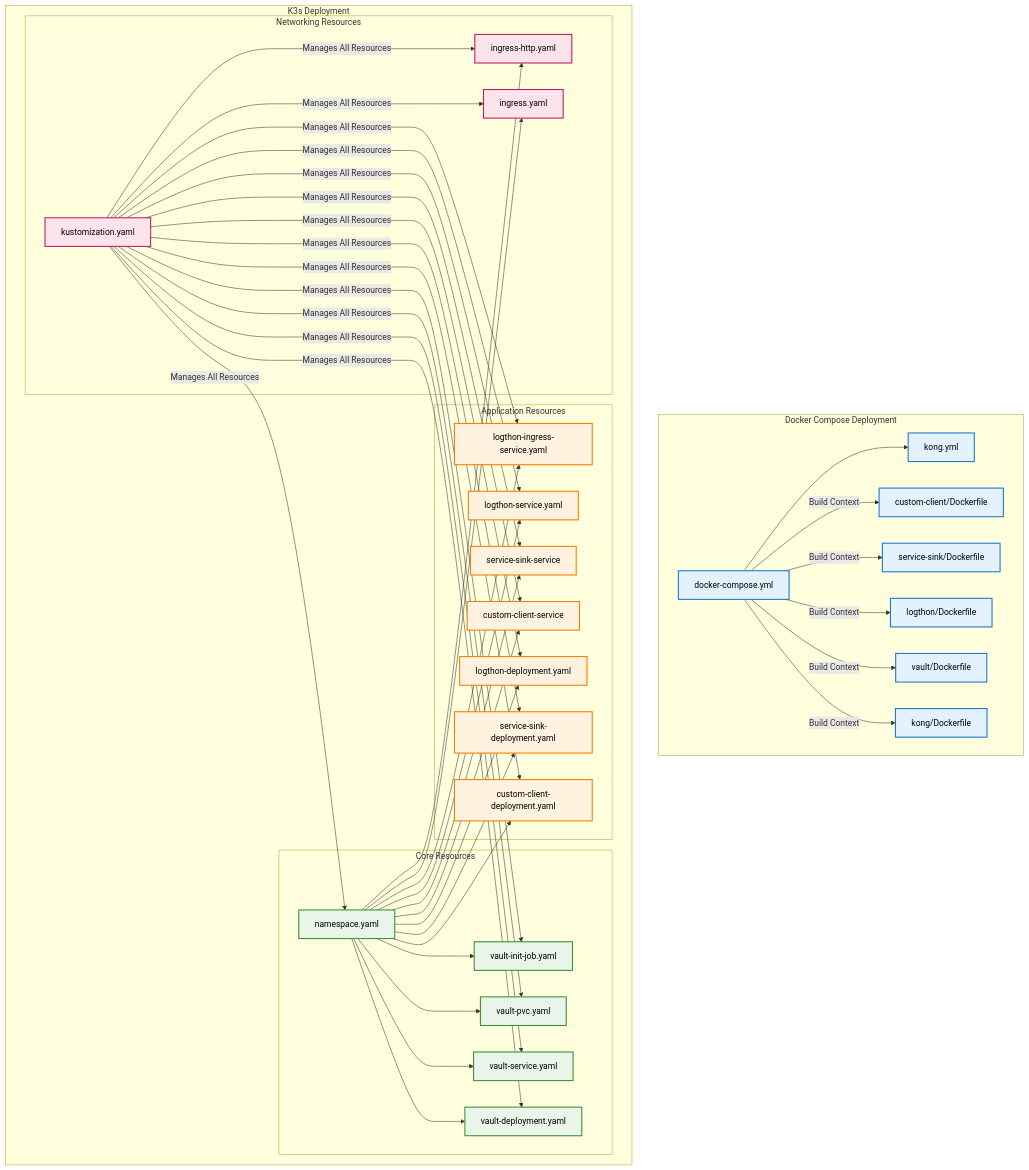
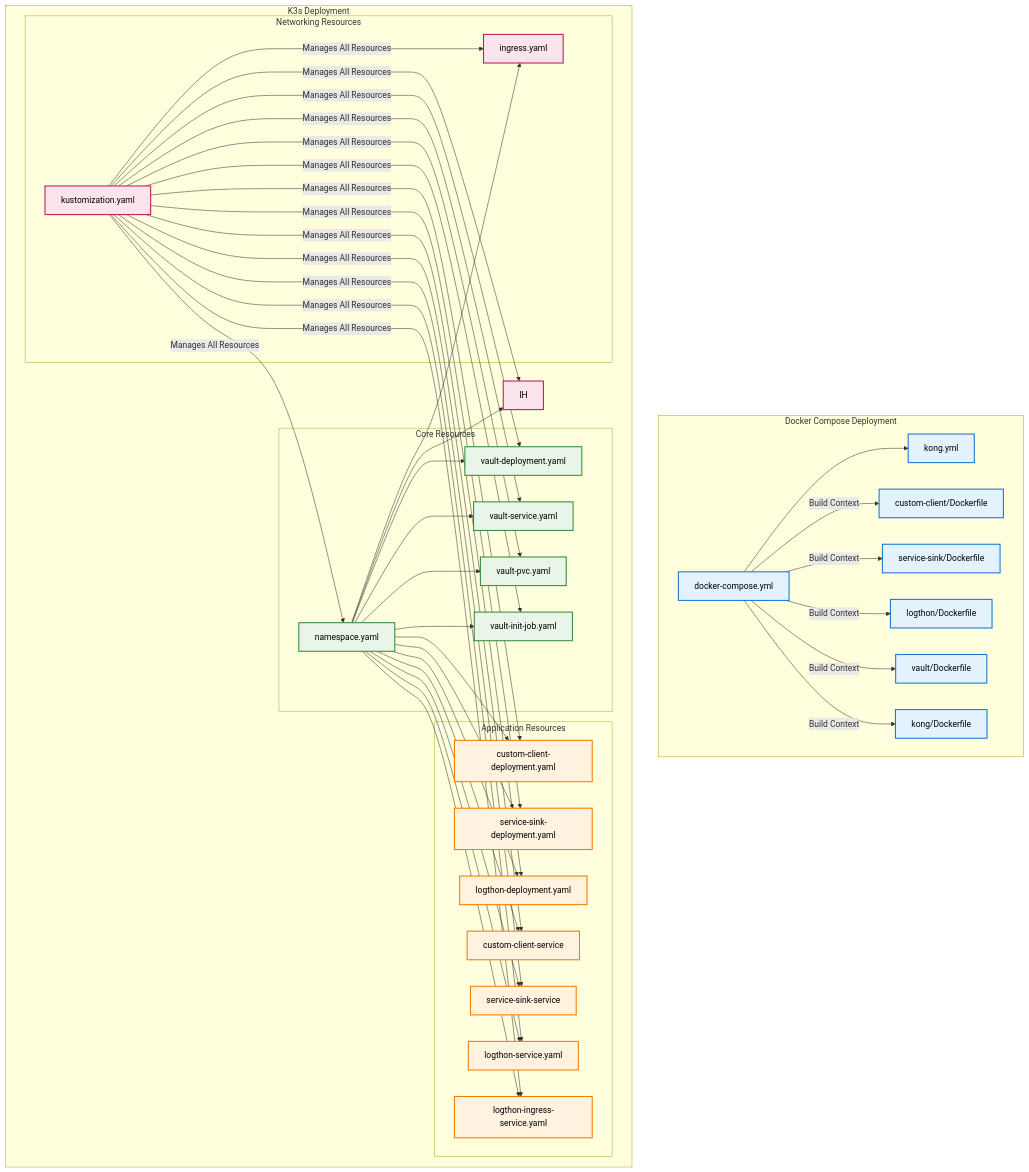
Before and after one commit to aztechead/edge-terrarium: the second of 9 diagrams in README.md, drawn with Mermaid. The commit also changed other lines of this file and 20 other files, not shown here.

````diff
--- a/README.md
+++ b/README.md
@@ -433,80 +439,79 @@
 ```mermaid
 %%{init: {'themeVariables': {'darkMode': true}}}%%
 flowchart TD
     subgraph "Docker Compose Deployment"
         DC[docker-compose.yml]
         DK[kong.yml]
         DC --> DK
         DC --> |"Build Context"| CC[custom-client/Dockerfile]
         DC --> |"Build Context"| SC[service-sink/Dockerfile]
         DC --> |"Build Context"| LC[logthon/Dockerfile]
         DC --> |"Build Context"| VC[vault/Dockerfile]
         DC --> |"Build Context"| KC[kong/Dockerfile]
     end
     
     subgraph "K3s Deployment"
         subgraph "Core Resources"
             NS[namespace.yaml]
             VD[vault-deployment.yaml]
             VS[vault-service.yaml]
             VP[vault-pvc.yaml]
             VI[vault-init-job.yaml]
         end
         
         subgraph "Application Resources"
             CD[custom-client-deployment.yaml]
             SD[service-sink-deployment.yaml]
             LD[logthon-deployment.yaml]
             CS[custom-client-service]
             SS[service-sink-service]
             LS[logthon-service.yaml]
             LIS[logthon-ingress-service.yaml]
         end
         
         subgraph "Networking Resources"
             IY[ingress.yaml]
-            IH[ingress-http.yaml]
             KY[kustomization.yaml]
         end
         
         NS --> VD
         NS --> VS
         NS --> VP
         NS --> VI
         NS --> CD
         NS --> SD
         NS --> LD
         NS --> CS
         NS --> SS
         NS --> LS
         NS --> LIS
         NS --> IY
         NS --> IH
         
         KY --> |"Manages All Resources"| NS
         KY --> |"Manages All Resources"| VD
         KY --> |"Manages All Resources"| VS
         KY --> |"Manages All Resources"| VP
         KY --> |"Manages All Resources"| VI
         KY --> |"Manages All Resources"| CD
         KY --> |"Manages All Resources"| SD
         KY --> |"Manages All Resources"| LD
         KY --> |"Manages All Resources"| CS
         KY --> |"Manages All Resources"| SS
         KY --> |"Manages All Resources"| LS
         KY --> |"Manages All Resources"| LIS
         KY --> |"Manages All Resources"| IY
         KY --> |"Manages All Resources"| IH
     end
     
     classDef docker fill:#e3f2fd,stroke:#1976d2,stroke-width:2px,color:#000
     classDef k3s fill:#f3e5f5,stroke:#7b1fa2,stroke-width:2px,color:#000
     classDef core fill:#e8f5e8,stroke:#388e3c,stroke-width:2px,color:#000
     classDef app fill:#fff3e0,stroke:#f57c00,stroke-width:2px,color:#000
     classDef net fill:#fce4ec,stroke:#c2185b,stroke-width:2px,color:#000
     
     class DC,DK,CC,SC,LC,VC,KC docker
     class NS,VD,VS,VP,VI core
     class CD,SD,LD,CS,SS,LS,LIS app
     class IY,IH,KY net
 ```
````
